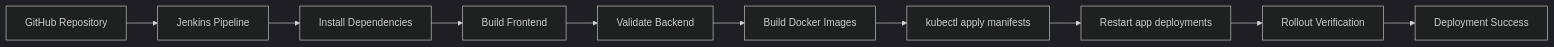
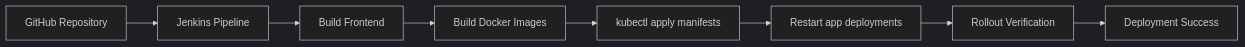
One commit to RishiSharma45/smart-water-monitoring-platform changed the third of 6 diagrams in docs/architecture.md. Above: the diagram before and after it, drawn with Mermaid (dark theme). The commit also changed 13 other files, not shown here.

````diff
--- a/docs/architecture.md
+++ b/docs/architecture.md
@@ -92,12 +92,10 @@
 ```mermaid
 flowchart LR
     Git["GitHub Repository"] --> Jenkins["Jenkins Pipeline"]
-    Jenkins --> Install["Install Dependencies"]
-    Install --> Build["Build Frontend"]
-    Build --> Validate["Validate Backend"]
-    Validate --> Images["Build Docker Images"]
+    Jenkins --> Build["Build Frontend"]
+    Build --> Images["Build Docker Images"]
     Images --> Deploy["kubectl apply manifests"]
     Deploy --> Restart["Restart app deployments"]
     Restart --> Verify["Rollout Verification"]
     Verify --> Success["Deployment Success"]
 ```
````
